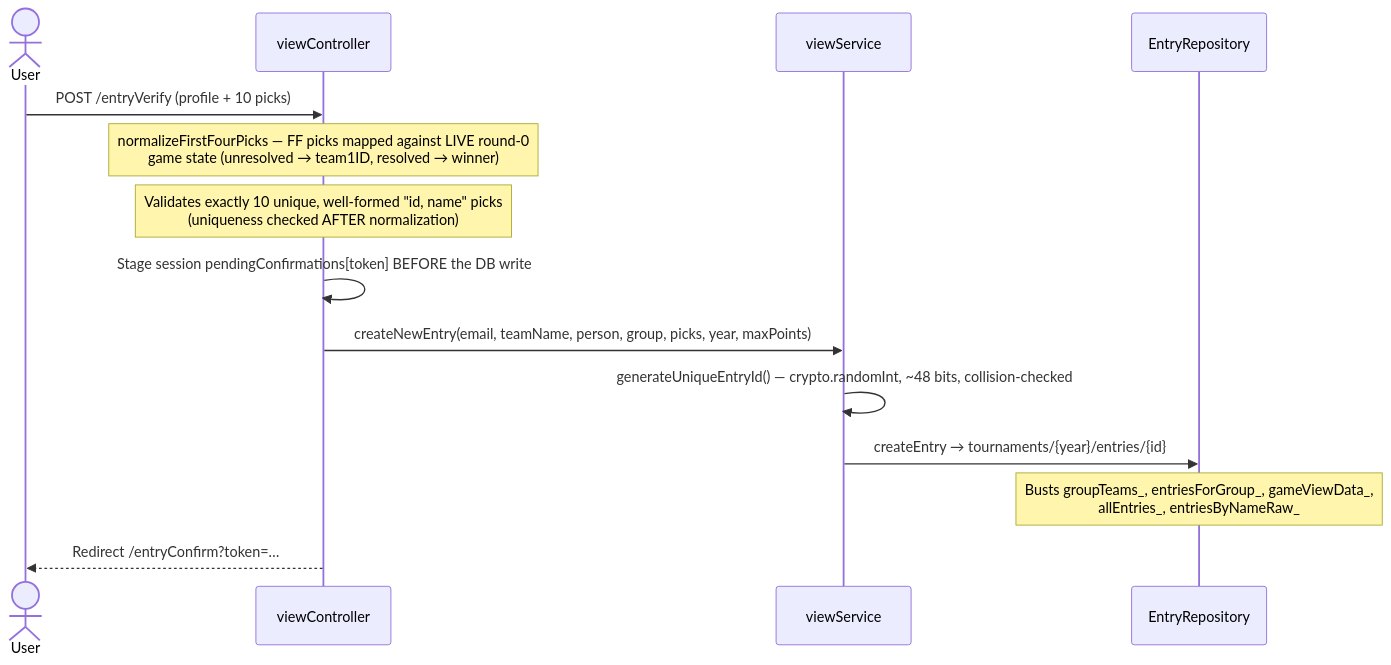
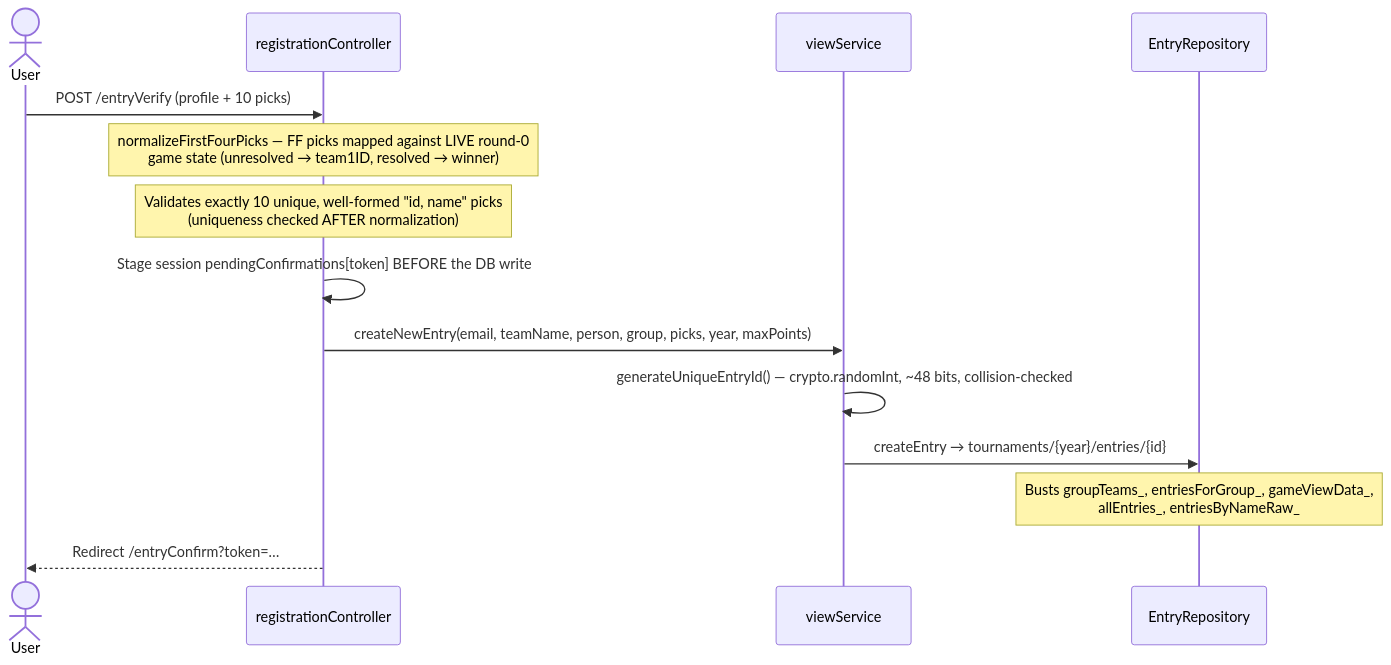
One commit to jwieker/Bracket10 changed the first of 4 diagrams in docs/architecture/request-flows.md. Above: the diagram before and after it, drawn with Mermaid. The commit also changed other lines of this file and 29 other files, not shown here.

First line of the commit message:
Split viewController into sub-domain controllers

````diff
--- a/docs/architecture/request-flows.md
+++ b/docs/architecture/request-flows.md
@@ -60,17 +60,17 @@
 ```mermaid
 sequenceDiagram
     actor User
-    participant VC as viewController
+    participant VC as registrationController
     participant VS as viewService
     participant ER as EntryRepository
 
     User->>VC: POST /entryVerify (profile + 10 picks)
     Note over VC: normalizeFirstFourPicks — FF picks mapped against LIVE round-0<br/>game state (unresolved → team1ID, resolved → winner)
     Note over VC: Validates exactly 10 unique, well-formed "id, name" picks<br/>(uniqueness checked AFTER normalization)
     VC->>VC: Stage session pendingConfirmations[token] BEFORE the DB write
     VC->>VS: createNewEntry(email, teamName, person, group, picks, year, maxPoints)
     VS->>VS: generateUniqueEntryId() — crypto.randomInt, ~48 bits, collision-checked
     VS->>ER: createEntry → tournaments/{year}/entries/{id}
     Note over ER: Busts groupTeams_, entriesForGroup_, gameViewData_,<br/>allEntries_, entriesByNameRaw_
     VC-->>User: Redirect /entryConfirm?token=…
 ```
````
